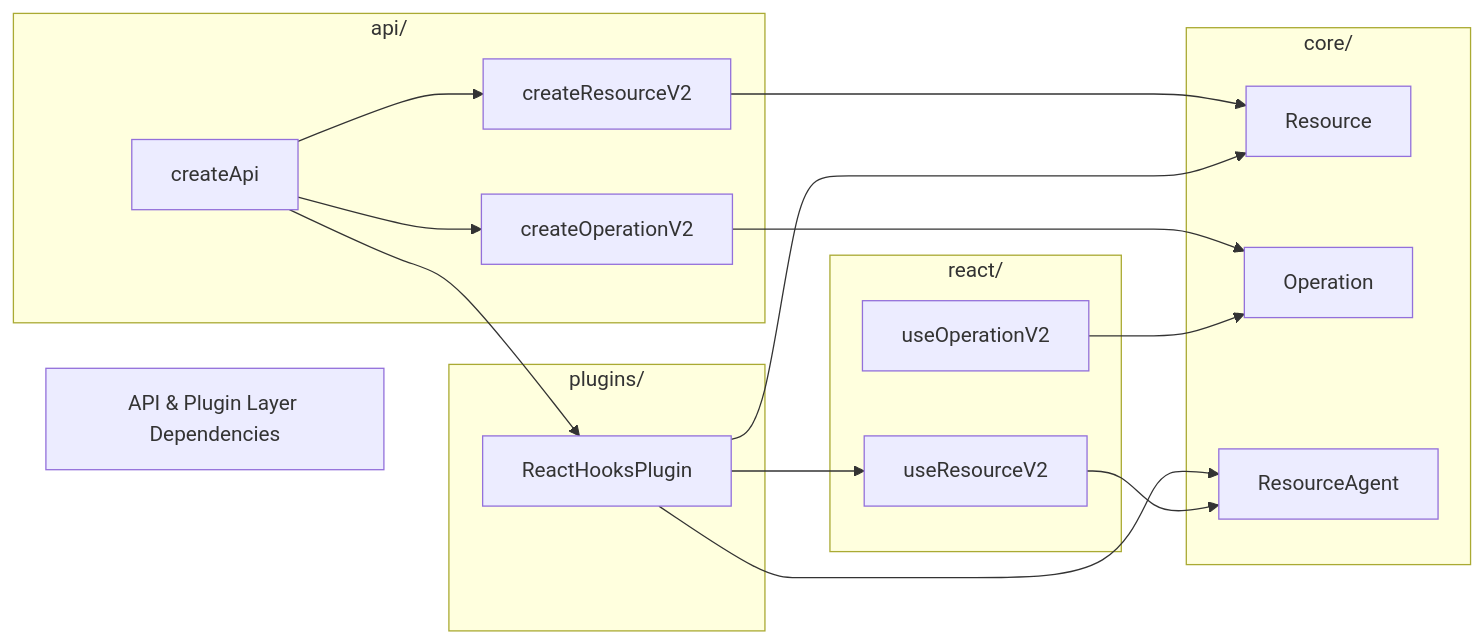
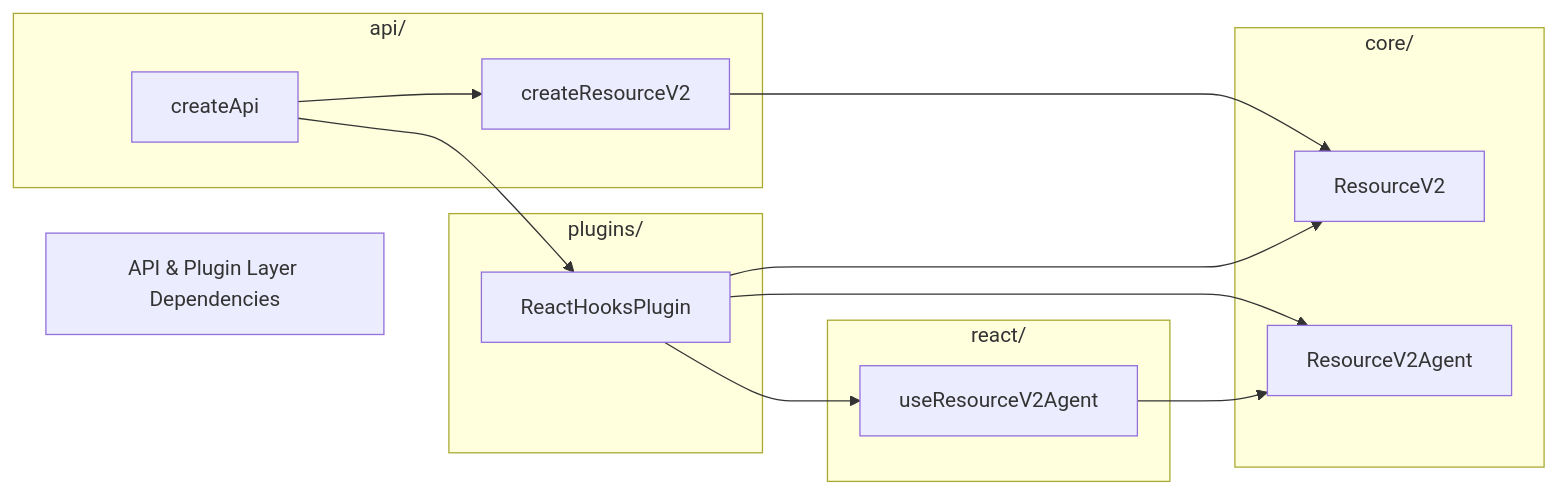
Before and after one commit to fozy-labs/rx-toolkit: the sixth of 8 diagrams in .thoughts/2026-03-23-1400_query-v2-full-implementation/02-design/01-architecture.md, drawn with Mermaid. The commit also changed other lines of this file and 204 other files, not shown here.

````diff
--- a/.thoughts/2026-03-23-1400_query-v2-full-implementation/02-design/01-architecture.md
+++ b/.thoughts/2026-03-23-1400_query-v2-full-implementation/02-design/01-architecture.md
@@ -248,36 +227,30 @@
 ```mermaid
 graph LR
     title["API & Plugin Layer Dependencies"]
     
     subgraph "api/"
         cAPI["createApi"]
         cRes["createResourceV2"]
-        cOp["createOperationV2"]
     end
     
     subgraph "plugins/"
         RHP["ReactHooksPlugin"]
     end
     
     subgraph "react/"
-        uRes["useResourceV2"]
-        uOp["useOperationV2"]
+        uResAgent["useResourceV2Agent"]
     end
     
     subgraph "core/"
-        Res["Resource"]
-        Op["Operation"]
-        RA["ResourceAgent"]
+        Res["ResourceV2"]
+        RA["ResourceV2Agent"]
     end
     
     cAPI --> cRes
-    cAPI --> cOp
     cAPI --> RHP
     cRes --> Res
-    cOp --> Op
-    RHP --> uRes
+    RHP --> uResAgent
     RHP --> Res
     RHP --> RA
-    uRes --> RA
-    uOp --> Op
+    uResAgent --> RA
 ```
````
